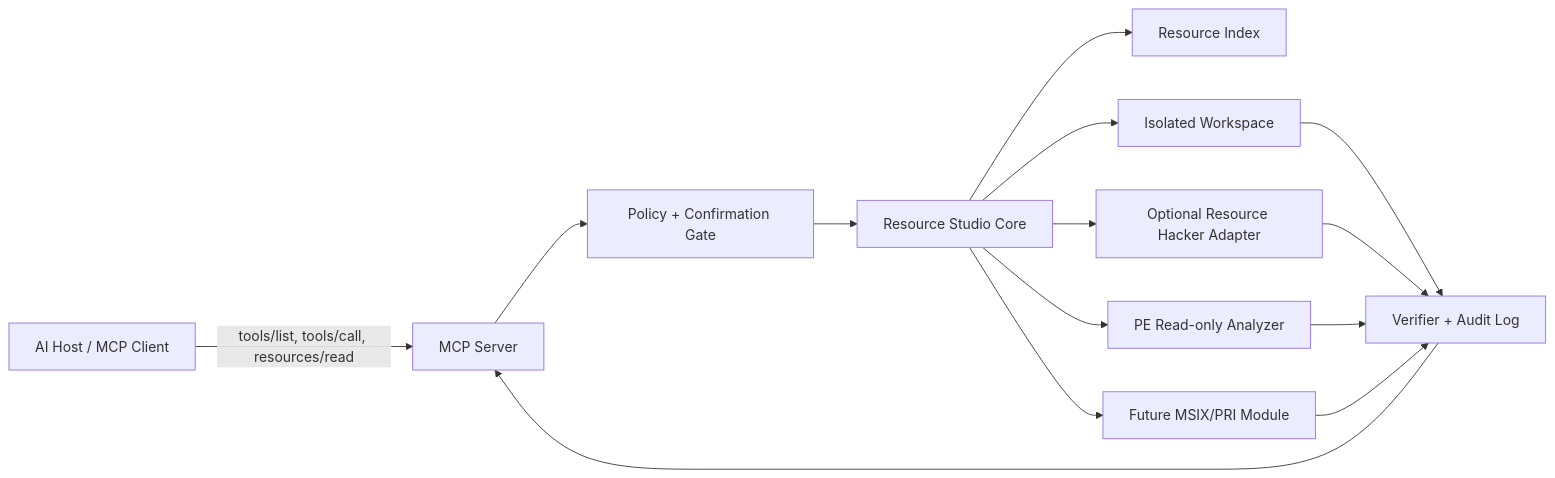
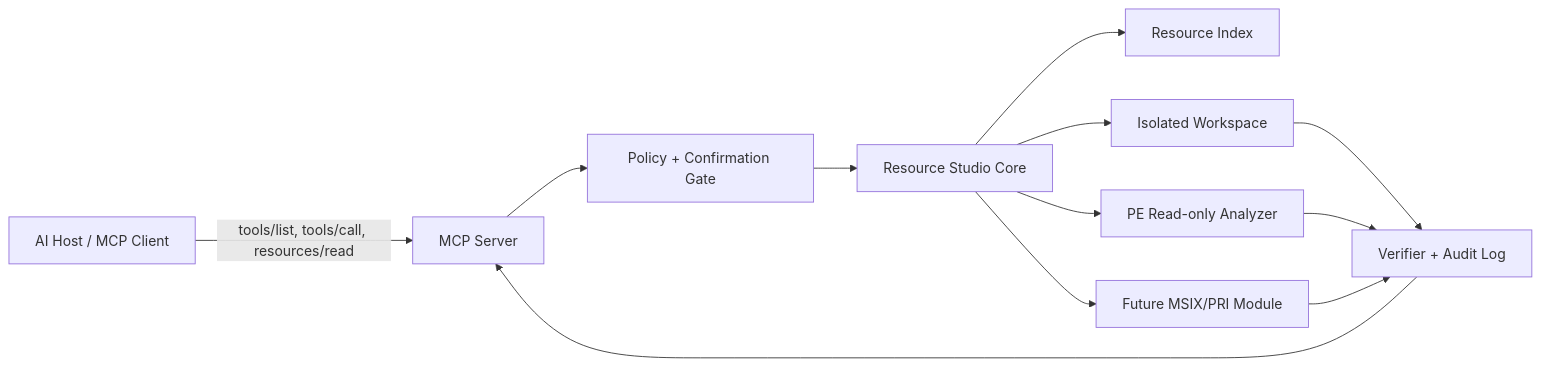
The diagram in docs/MCP-ARCHITECTURE.md (bio-colab/Resource-Studio), drawn with Mermaid before and after one commit. The commit also changed other lines of this file and 39 other files, not shown here.

````diff
--- a/docs/MCP-ARCHITECTURE.md
+++ b/docs/MCP-ARCHITECTURE.md
@@ -13,27 +13,24 @@
 ```mermaid
 flowchart LR
     Host[AI Host / MCP Client]
     MCP[MCP Server]
     Auth[Policy + Confirmation Gate]
     Core[Resource Studio Core]
     Index[Resource Index]
     Workspace[Isolated Workspace]
-    Adapter[Optional Resource Hacker Adapter]
     Verify[Verifier + Audit Log]
     PE[PE Read-only Analyzer]
     Package[Future MSIX/PRI Module]
 
     Host -->|tools/list, tools/call, resources/read| MCP
     MCP --> Auth
     Auth --> Core
     Core --> Index
     Core --> Workspace
-    Core --> Adapter
     Core --> PE
     Core --> Package
     Workspace --> Verify
-    Adapter --> Verify
     PE --> Verify
     Package --> Verify
     Verify --> MCP
 ```
````
